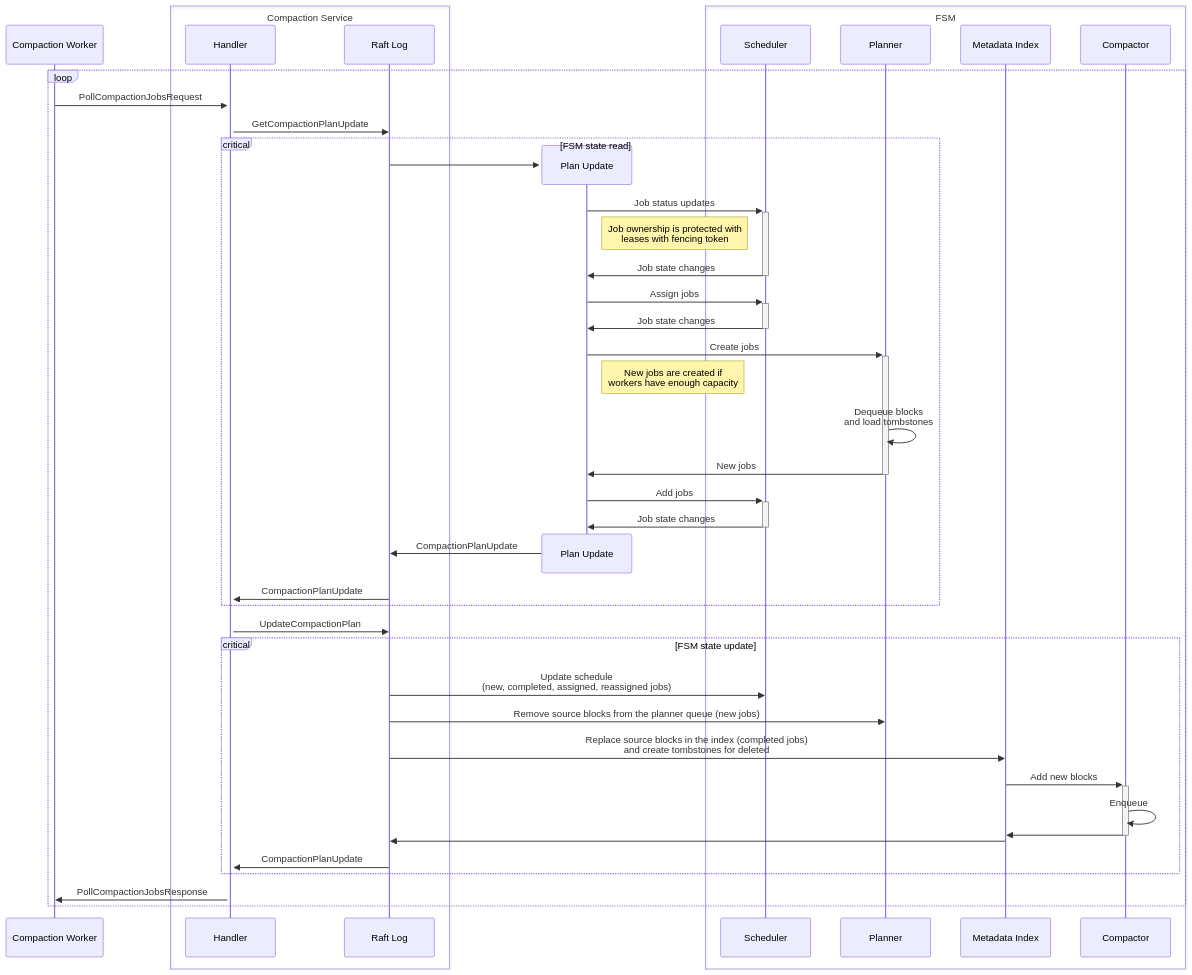
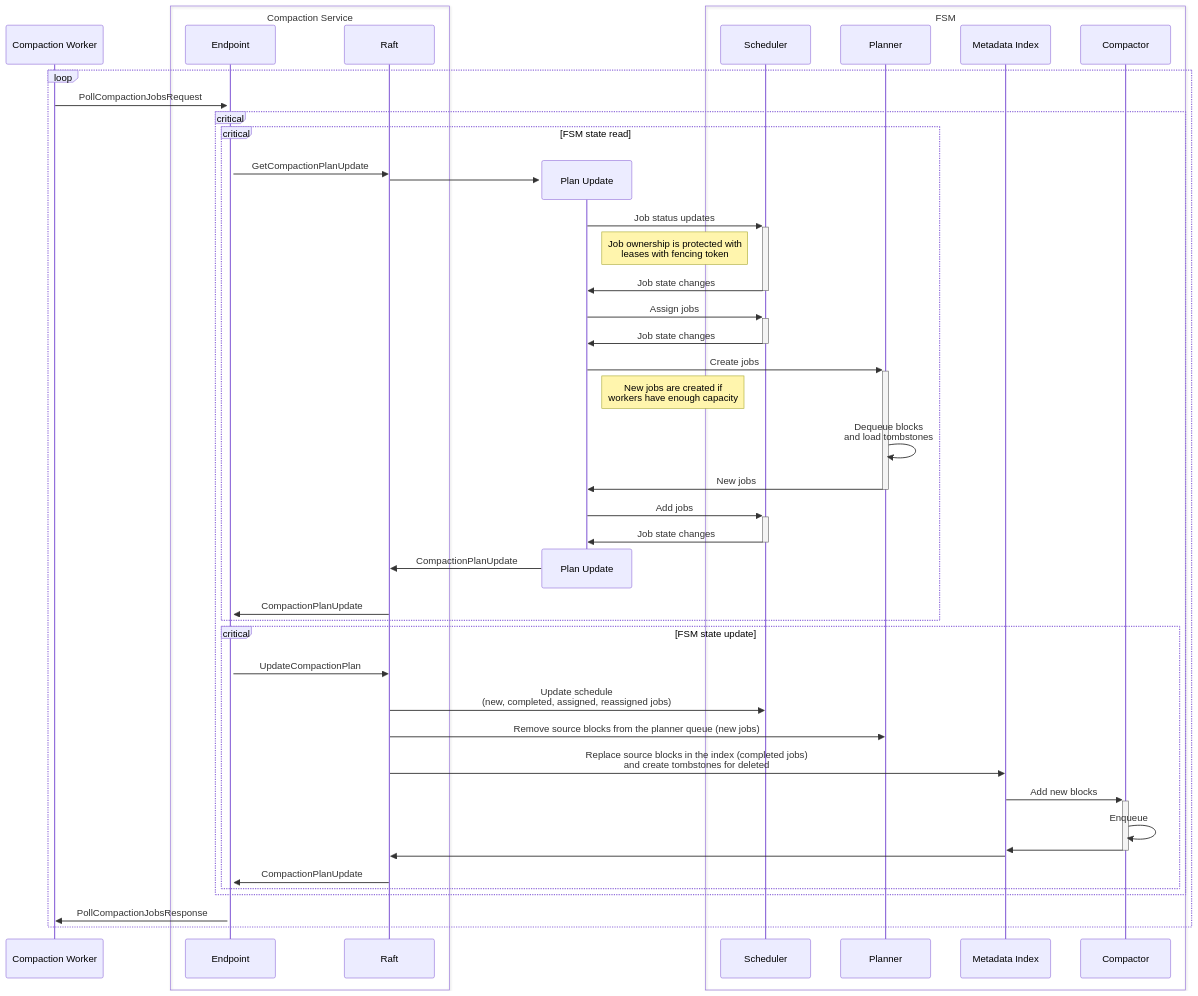
Before and after one commit to grafana/pyroscope: the first of 2 diagrams in pkg/experiment/metastore/compaction/README.md, drawn with Mermaid. The commit also changed 5 other files, not shown here.

````diff
--- a/pkg/experiment/metastore/compaction/README.md
+++ b/pkg/experiment/metastore/compaction/README.md
@@ -44,57 +44,56 @@
 ```mermaid
 sequenceDiagram
     participant W as Compaction Worker
 
     box Compaction Service
-        participant H as Handler
-        participant R as Raft Log
+        participant H as Endpoint
+        participant R as Raft
     end
-
-loop
-
-    W ->>+H: PollCompactionJobsRequest
-    H ->>R: GetCompactionPlanUpdate
-
-    critical FSM state read
-        create participant U as Plan Update
-        R ->>U: 
-        U ->>+S: Job status updates
-        Note right of U: Job ownership is protected with<br>leases with fencing token
-        S ->>-U: Job state changes
-        U ->>+S: Assign jobs
-        S ->>-U: Job state changes
-        U ->>+P: Create jobs
-        Note right of U: New jobs are created if<br>workers have enough capacity
-        P ->>P: Dequeue blocks<br>and load tombstones
-        P ->>-U: New jobs
-        U ->>+S: Add jobs
-        S ->>-U: Job state changes
-        destroy U
-        U ->>R: CompactionPlanUpdate
-        R ->>H: CompactionPlanUpdate
+    
+    loop
+        W ->>+H: PollCompactionJobsRequest
+    
+        critical
+            critical FSM state read
+                H ->>R: GetCompactionPlanUpdate
+                create participant U as Plan Update
+                    R ->>U: 
+                    U ->>+S: Job status updates
+                    Note right of U: Job ownership is protected with<br>leases with fencing token
+                    S ->>-U: Job state changes
+                    U ->>+S: Assign jobs
+                    S ->>-U: Job state changes
+                    U ->>+P: Create jobs
+                    Note right of U: New jobs are created if<br>workers have enough capacity
+                        P ->>P: Dequeue blocks<br>and load tombstones
+                    P ->>-U: New jobs
+                    U ->>+S: Add jobs
+                    S ->>-U: Job state changes
+                destroy U
+                U ->>R: CompactionPlanUpdate
+                R ->>H: CompactionPlanUpdate
+            end
+    
+            critical FSM state update
+                H ->>R: UpdateCompactionPlan
+                    R ->>S: Update schedule<br>(new, completed, assigned, reassigned jobs)
+                    R ->>P: Remove source blocks from the planner queue (new jobs)
+                    R ->>I: Replace source blocks in the index (completed jobs)<br>and create tombstones for deleted
+                        I ->>+C: Add new blocks
+                            C ->>C: Enqueue
+                        C ->>-I: 
+                    I ->>R: 
+                R ->>H: CompactionPlanUpdate
+            end
+        end
+ 
+        H ->> W: PollCompactionJobsResponse
     end
-
-    H ->>R: UpdateCompactionPlan
-
-    critical FSM state update
-        R ->>S: Update schedule<br>(new, completed, assigned, reassigned jobs)
-        R ->>P: Remove source blocks from the planner queue (new jobs)
-        R ->>I: Replace source blocks in the index (completed jobs)<br>and create tombstones for deleted
-        I ->>+C: Add new blocks
-        C ->>C: Enqueue
-        C ->>-I: 
-        I ->>R: 
-        R ->>H: CompactionPlanUpdate
-    end
-
-    H ->> W: PollCompactionJobsResponse
-
-end
 
     box FSM
         participant C as Compactor
         participant P as Planner
         participant S as Scheduler
         participant I as Metadata Index
     end
 ```
````
